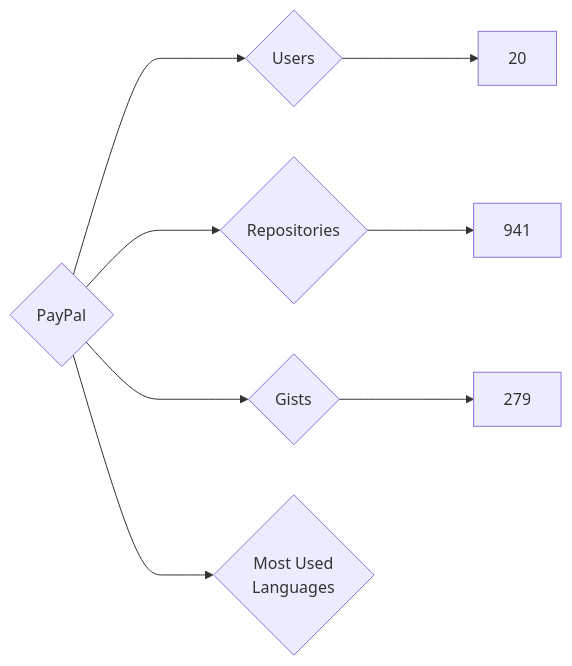
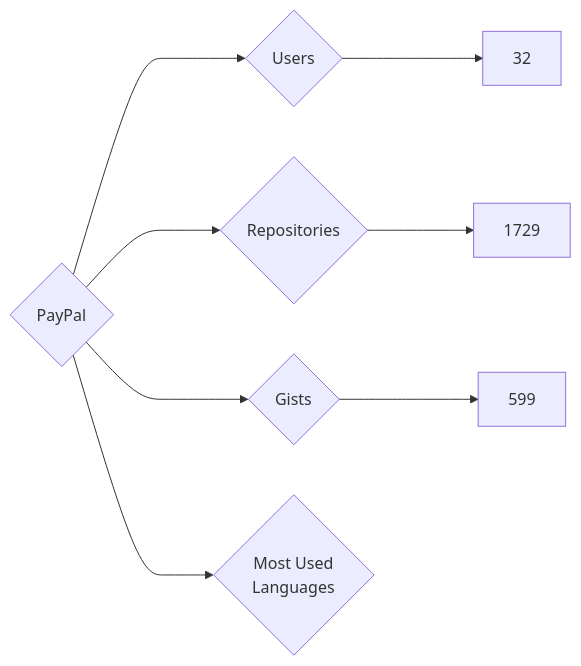
Before and after one commit to nenadzaric/insiders: the diagram in targets/PayPal/README.md, drawn with Mermaid. The commit also changed 1342 other files, not shown here.

````diff
--- a/targets/PayPal/README.md
+++ b/targets/PayPal/README.md
@@ -3,8 +3,8 @@
 ```mermaid
 graph LR
 COMPANY_NAME{PayPal}
-COMPANY_NAME ---> U{Users} ---> UN[20]
-COMPANY_NAME ---> R{Repositories} ---> RN[941]
-COMPANY_NAME ---> G{Gists} ---> GN[279]
+COMPANY_NAME ---> U{Users} ---> UN[32]
+COMPANY_NAME ---> R{Repositories} ---> RN[1729]
+COMPANY_NAME ---> G{Gists} ---> GN[599]
 COMPANY_NAME ---> ML{Most Used<br>Languages}
 ```
````
